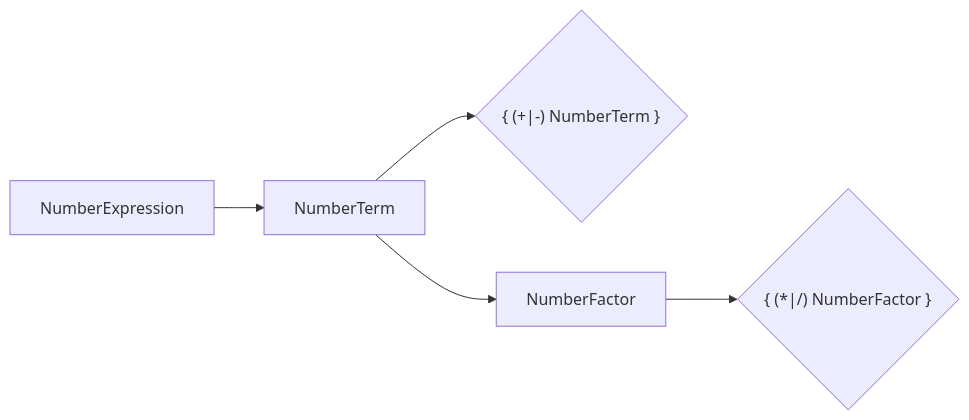
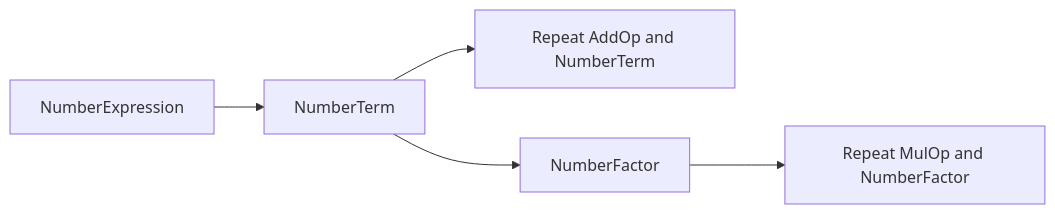
One commit to opaopa6969/tinyexpression changed the third of 6 diagrams in docs/grammar/tinyexpression-p4-railroad.md. Above: the diagram before and after it, drawn with Mermaid. The commit also changed other lines of this file, not shown here.

Commit message:
docs: simplify Mermaid railroad labels for GitHub compatibility

````diff
--- a/docs/grammar/tinyexpression-p4-railroad.md
+++ b/docs/grammar/tinyexpression-p4-railroad.md
@@ -35,7 +35,7 @@
 ```mermaid
 flowchart LR
-  NE[NumberExpression] --> NT[NumberTerm]
-  NT --> REP1{"{ (+|-) NumberTerm }"}
-  NT --> NF[NumberFactor]
-  NF --> REP2{"{ (*|/) NumberFactor }"}
+  NE["NumberExpression"] --> NT["NumberTerm"]
+  NT --> REP1["Repeat AddOp and NumberTerm"]
+  NT --> NF["NumberFactor"]
+  NF --> REP2["Repeat MulOp and NumberFactor"]
 ```
````
